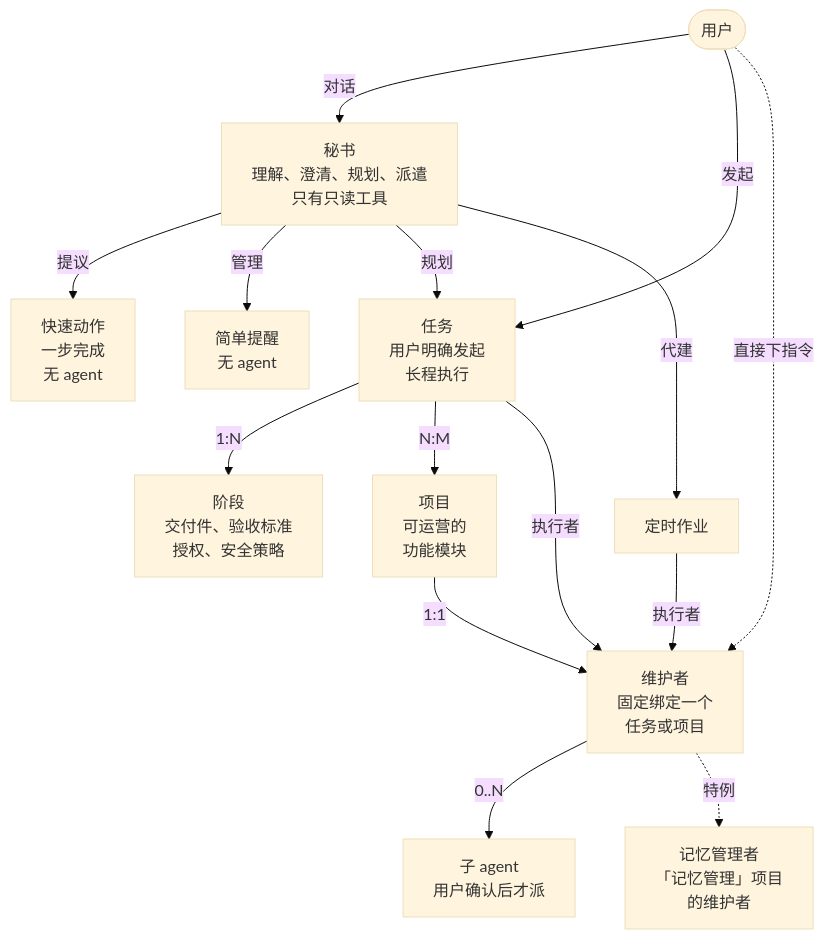
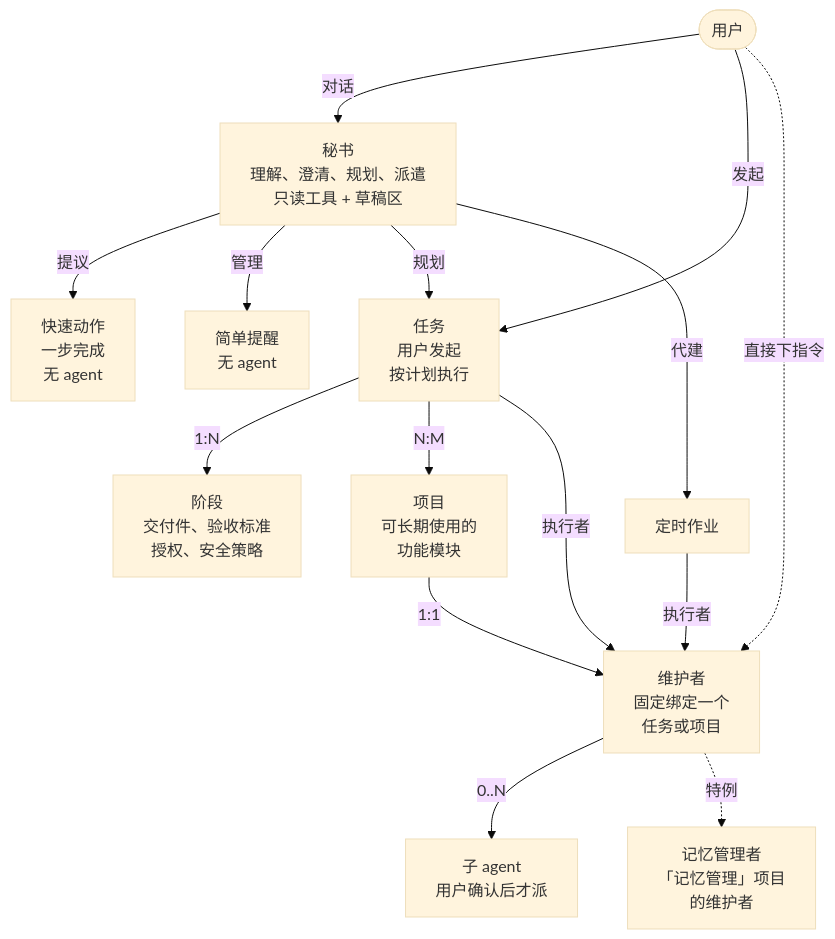
One commit to catmaniii/ergo changed the first of 9 diagrams in README.md. Above: the diagram before and after it, drawn with Mermaid (base theme). The commit also changed other lines of this file and 40 other files, not shown here.

````diff
--- a/README.md
+++ b/README.md
@@ -51,33 +51,33 @@
 ```mermaid
 flowchart TB
     U(["用户"])
-    SEC["秘书<br/>理解、澄清、规划、派遣<br/>只有只读工具"]
+    SEC["秘书<br/>理解、澄清、规划、派遣<br/>只读工具 + 草稿区"]
 
     QA["快速动作<br/>一步完成<br/>无 agent"]
     RM["简单提醒<br/>无 agent"]
-    TASK["任务<br/>用户明确发起<br/>长程执行"]
+    TASK["任务<br/>用户发起<br/>按计划执行"]
     JOB["定时作业"]
 
     STAGE["阶段<br/>交付件、验收标准<br/>授权、安全策略"]
-    PRJ["项目<br/>可运营的<br/>功能模块"]
+    PRJ["项目<br/>可长期使用的<br/>功能模块"]
     MT["维护者<br/>固定绑定一个<br/>任务或项目"]
     SUB["子 agent<br/>用户确认后才派"]
     MK["记忆管理者<br/>「记忆管理」项目<br/>的维护者"]
 
     U -->|"对话"| SEC
     U -->|"发起"| TASK
     U -.->|"直接下指令"| MT
 
     SEC -->|"提议"| QA
     SEC -->|"管理"| RM
     SEC -->|"规划"| TASK
     SEC -->|"代建"| JOB
 
     TASK -->|"1:N"| STAGE
     TASK -->|"N:M"| PRJ
     TASK -->|"执行者"| MT
     JOB -->|"执行者"| MT
     PRJ -->|"1:1"| MT
     MT -->|"0..N"| SUB
     MT -.->|"特例"| MK
 ```
````
